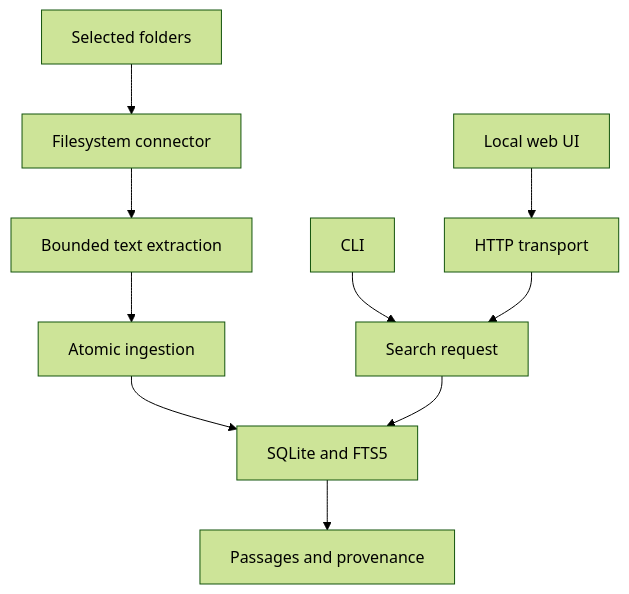
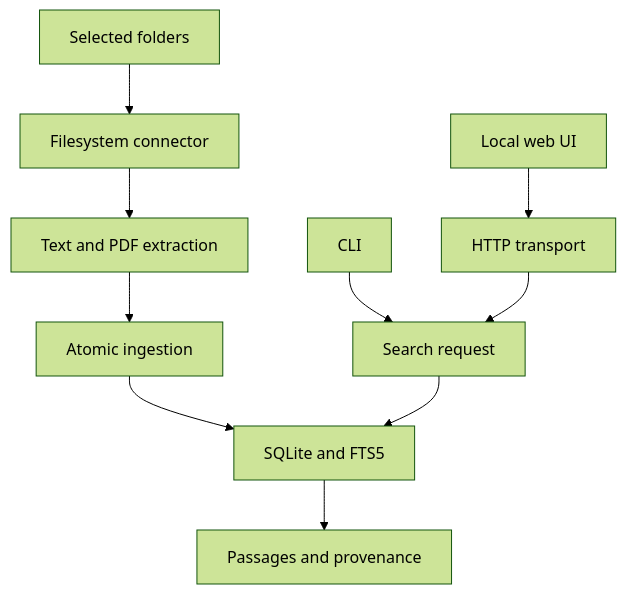
One commit to Lephiziel/findrail changed the diagram in docs/architecture.md. Above: the diagram before and after it, drawn with Mermaid (forest theme). The commit also changed other lines of this file and 41 other files, not shown here.

````diff
--- a/docs/architecture.md
+++ b/docs/architecture.md
@@ -9,12 +9,12 @@
 ```mermaid
 flowchart TD
   F["Selected folders"] --> C["Filesystem connector"]
-  C --> E["Bounded text extraction"]
+  C --> E["Text and PDF extraction"]
   E --> I["Atomic ingestion"]
   I --> D["SQLite and FTS5"]
   CLI["CLI"] --> Q["Search request"]
   UI["Local web UI"] --> H["HTTP transport"]
   H --> Q
   Q --> D
   D --> R["Passages and provenance"]
 ```
````
